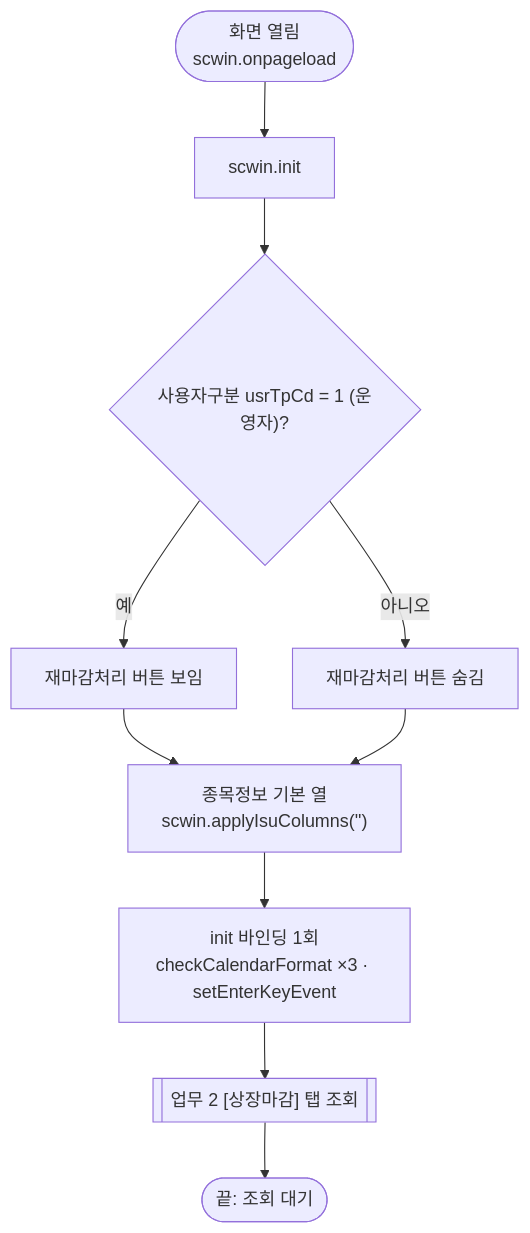
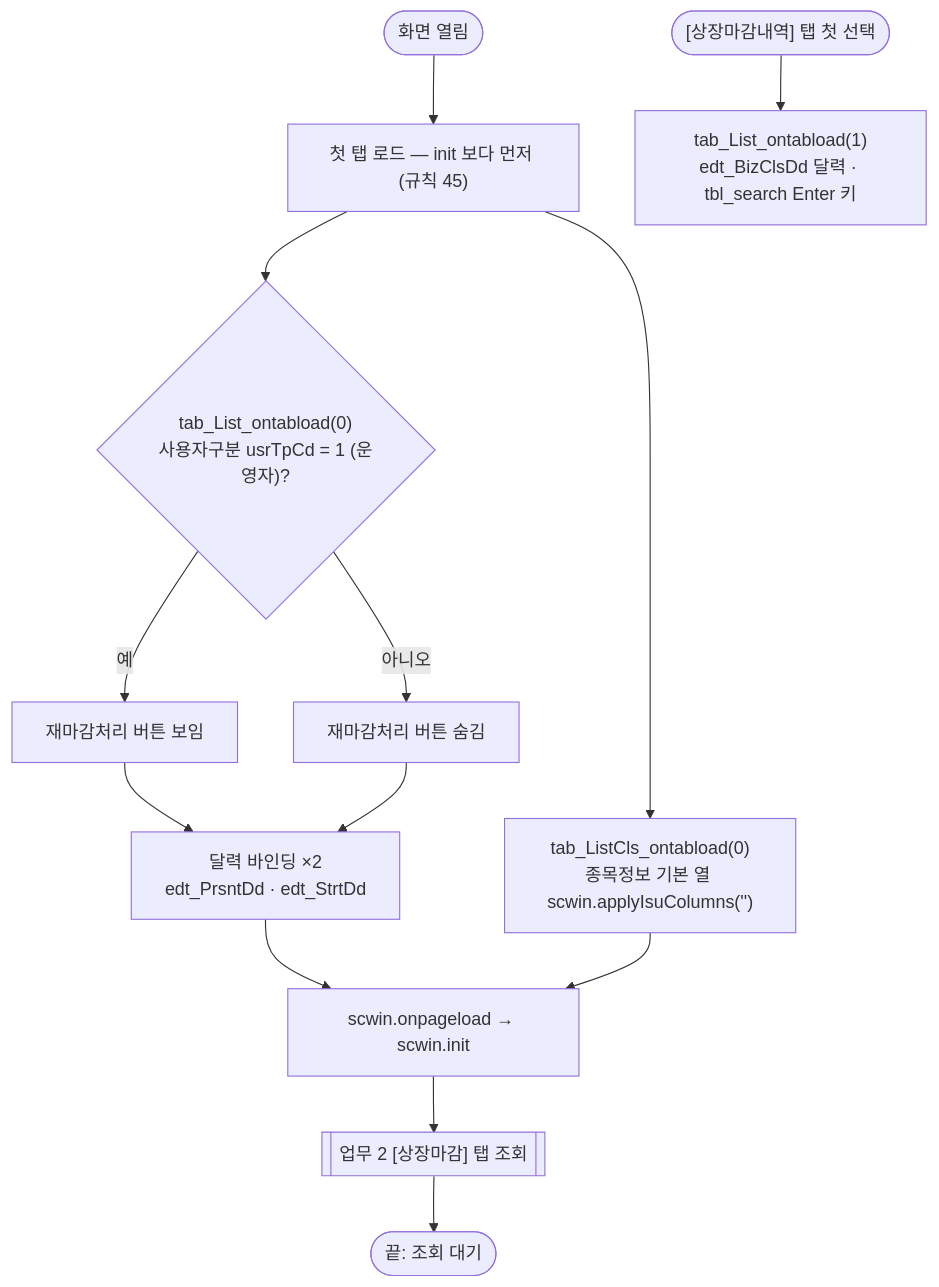
The second of 11 diagrams in conversion/conversion-front/ui/completed/ULDBNS30300/ULDBNS30300.md (jcpark-alt/KRX_CRAFT), drawn with Mermaid before and after one commit. The commit also changed other lines of this file and 7 other files, not shown here.

First line of the commit message:
feat(conversion): 규칙 45 — tabControl 안 컴포넌트 제어는 ontabload 에서 탭 index 로 분기

````diff
--- a/conversion/conversion-front/ui/completed/ULDBNS30300/ULDBNS30300.md
+++ b/conversion/conversion-front/ui/completed/ULDBNS30300/ULDBNS30300.md
@@ -84,12 +84,15 @@
 ```mermaid
 flowchart TD
-    S(["화면 열림<br/>scwin.onpageload"]) --> I["scwin.init"]
-    I --> U{"사용자구분 usrTpCd = 1 (운영자)?"}
+    S(["화면 열림"]) --> T["첫 탭 로드 — init 보다 먼저 (규칙 45)"]
+    T --> U{"tab_List_ontabload(0)<br/>사용자구분 usrTpCd = 1 (운영자)?"}
     U -- "예" --> U1["재마감처리 버튼 보임"]
     U -- "아니오" --> U2["재마감처리 버튼 숨김"]
-    U1 --> C["종목정보 기본 열<br/>scwin.applyIsuColumns('')"]
-    U2 --> C
-    C --> B["init 바인딩 1회<br/>checkCalendarFormat ×3 · setEnterKeyEvent"]
-    B --> L[["업무 2 [상장마감] 탭 조회"]]
+    U1 --> B["달력 바인딩 ×2<br/>edt_PrsntDd · edt_StrtDd"]
+    U2 --> B
+    T --> C["tab_ListCls_ontabload(0)<br/>종목정보 기본 열 scwin.applyIsuColumns('')"]
+    B --> I["scwin.onpageload → scwin.init"]
+    C --> I
+    I --> L[["업무 2 [상장마감] 탭 조회"]]
+    X(["[상장마감내역] 탭 첫 선택"]) --> X1["tab_List_ontabload(1)<br/>edt_BizClsDd 달력 · tbl_search Enter 키"]
     L --> E(["끝: 조회 대기"])
 ```
````
